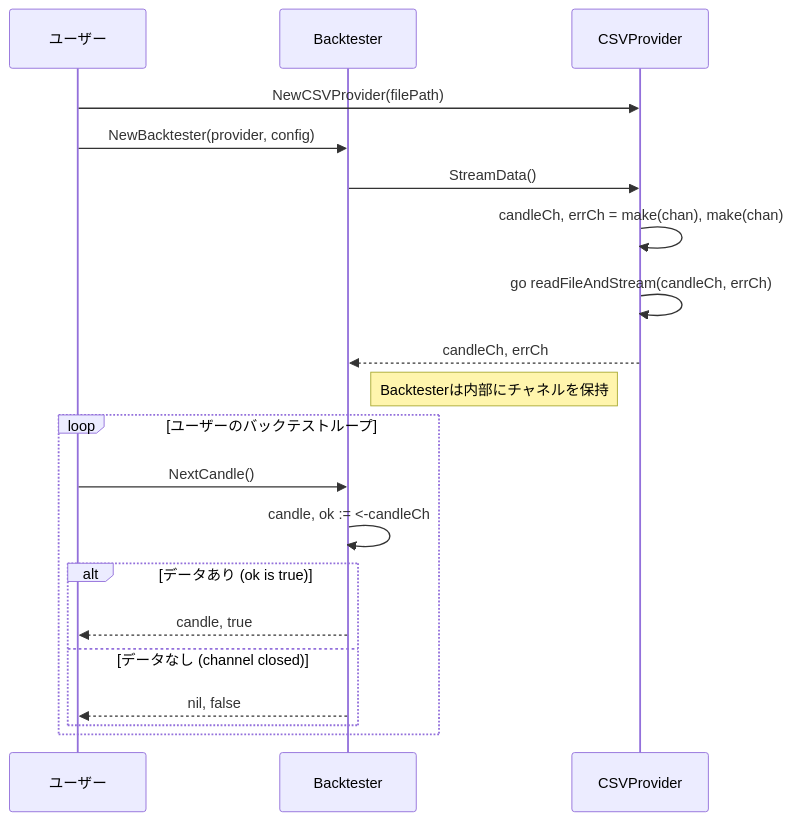
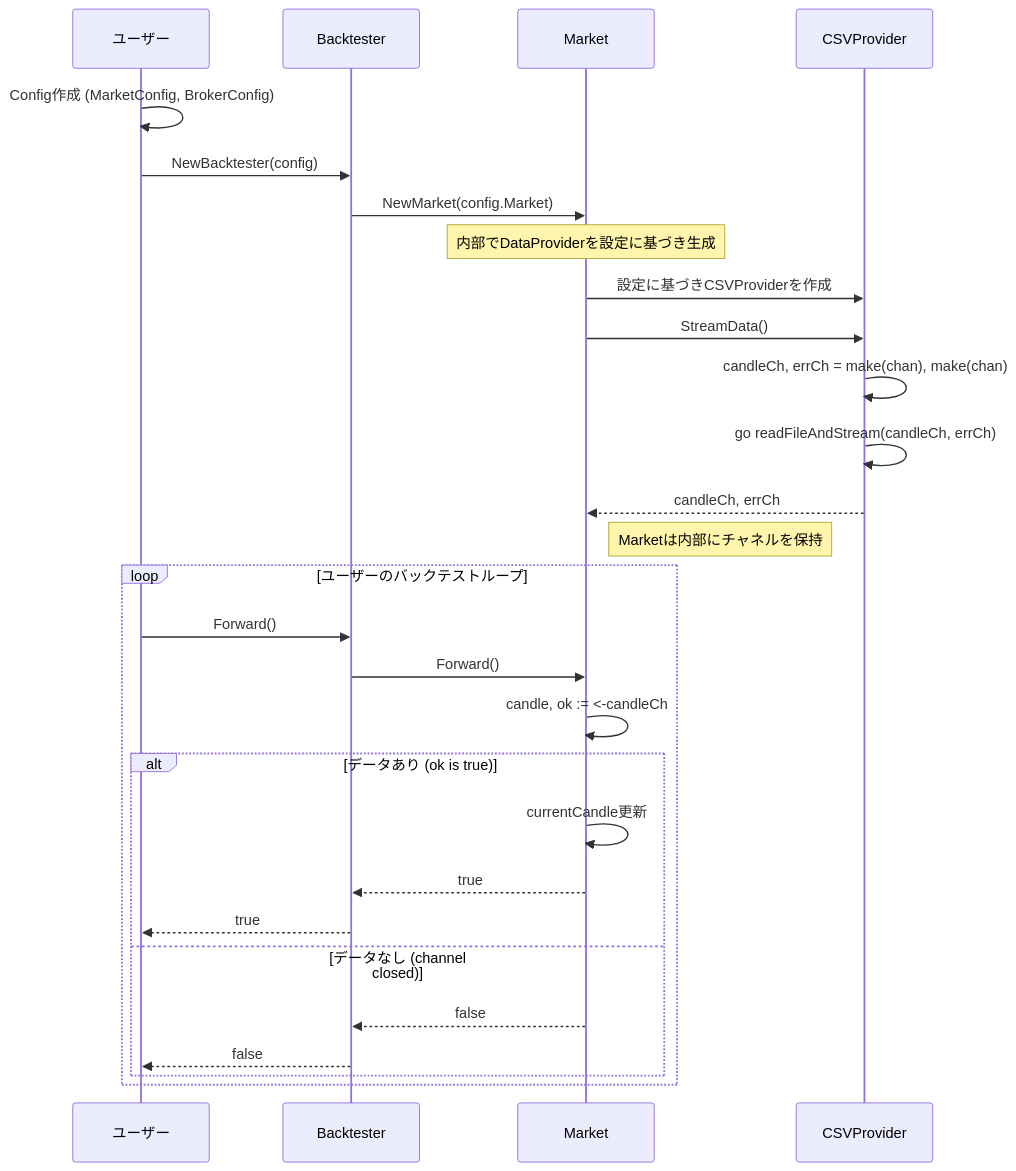
One commit to RuiHirano/fx-backtesting changed the diagram in docs/dataProvider.md. Above: the diagram before and after it, drawn with Mermaid. The commit also changed other lines of this file and 78 other files, not shown here.

````diff
--- a/docs/dataProvider.md
+++ b/docs/dataProvider.md
@@ -86,25 +86,33 @@
 ```mermaid
 sequenceDiagram
     participant User as ユーザー
     participant Backtester as Backtester
+    participant Market as Market
     participant Provider as CSVProvider
 
-    User->>Provider: NewCSVProvider(filePath)
-    User->>Backtester: NewBacktester(provider, config)
-
-    Backtester->>Provider: StreamData()
+    User->>User: Config作成 (MarketConfig, BrokerConfig)
+    User->>Backtester: NewBacktester(config)
+    
+    Backtester->>Market: NewMarket(config.Market)
+    Note over Market: 内部でDataProviderを設定に基づき生成
+    Market->>Provider: 設定に基づきCSVProviderを作成
+    Market->>Provider: StreamData()
     Provider->>Provider: candleCh, errCh = make(chan), make(chan)
     Provider->>Provider: go readFileAndStream(candleCh, errCh)
-    Provider-->>Backtester: candleCh, errCh
-    Note right of Backtester: Backtesterは内部にチャネルを保持
+    Provider-->>Market: candleCh, errCh
+    Note right of Market: Marketは内部にチャネルを保持
 
     loop ユーザーのバックテストループ
-        User->>Backtester: NextCandle()
-        Backtester->>Backtester: candle, ok := <-candleCh
+        User->>Backtester: Forward()
+        Backtester->>Market: Forward()
+        Market->>Market: candle, ok := <-candleCh
         alt データあり (ok is true)
-            Backtester-->>User: candle, true
+            Market->>Market: currentCandle更新
+            Market-->>Backtester: true
+            Backtester-->>User: true
         else データなし (channel closed)
-            Backtester-->>User: nil, false
+            Market-->>Backtester: false
+            Backtester-->>User: false
         end
     end
 ```
````
